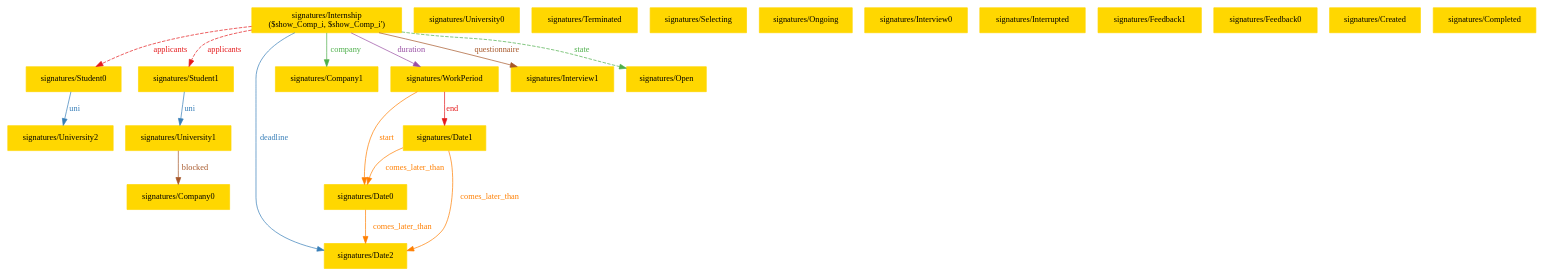
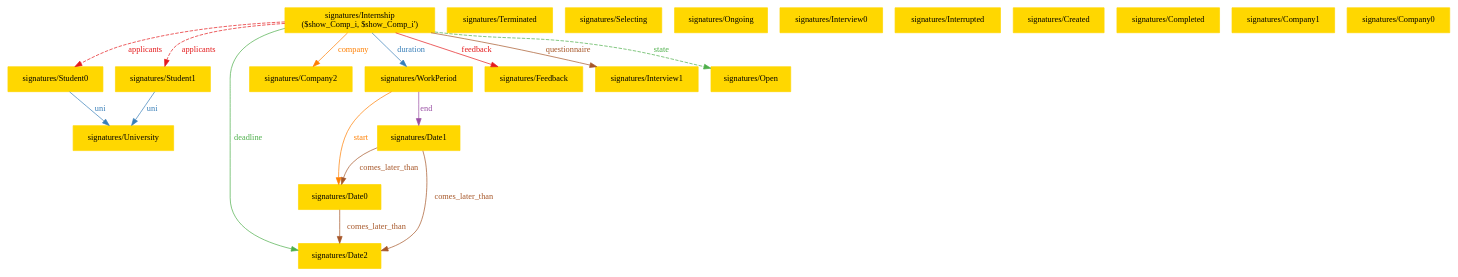
The diagram in RASD/sources/Images/Alloy_images/Alloy_1-2.dot (lorenzo-cmyk/PF_INGSW2_2024_25), drawn with Graphviz before and after one commit. The commit also changed 4 other files, not shown here.

```diff
--- a/RASD/sources/Images/Alloy_images/Alloy_1-2.dot
+++ b/RASD/sources/Images/Alloy_images/Alloy_1-2.dot
@@ -1,44 +1,42 @@
 digraph "graph" {
 graph [fontsize=12]
 node [fontsize=12]
 edge [fontsize=12]
 rankdir=TB;
-"N22" -> "N11" [uuid = "<signatures/Internship, signatures/Student0>", color = "#e41a1c", fontcolor = "#e41a1c", style = "dashed", label = "applicants", dir = "forward", weight = "1"]
-"N22" -> "N21" [uuid = "<signatures/Internship, signatures/Student1>", color = "#e41a1c", fontcolor = "#e41a1c", style = "dashed", label = "applicants", dir = "forward", weight = "1"]
-"N20" -> "N19" [uuid = "<signatures/University1, signatures/Company0>", color = "#a65628", fontcolor = "#a65628", style = "solid", label = "blocked", dir = "forward", weight = "1"]
-"N16" -> "N15" [uuid = "<signatures/Date0, signatures/Date2>", color = "#ff7f00", fontcolor = "#ff7f00", style = "solid", label = "comes_later_than", dir = "forward", weight = "1"]
-"N17" -> "N16" [uuid = "<signatures/Date1, signatures/Date0>", color = "#ff7f00", fontcolor = "#ff7f00", style = "solid", label = "comes_later_than", dir = "forward", weight = "1"]
-"N17" -> "N15" [uuid = "<signatures/Date1, signatures/Date2>", color = "#ff7f00", fontcolor = "#ff7f00", style = "solid", label = "comes_later_than", dir = "forward", weight = "1"]
-"N22" -> "N14" [uuid = "<signatures/Internship, signatures/Company1>", color = "#4daf4a", fontcolor = "#4daf4a", style = "solid", label = "company", dir = "forward", weight = "1"]
-"N22" -> "N15" [uuid = "<signatures/Internship, signatures/Date2>", color = "#377eb8", fontcolor = "#377eb8", style = "solid", label = "deadline", dir = "forward", weight = "1"]
-"N22" -> "N18" [uuid = "<signatures/Internship, signatures/WorkPeriod>", color = "#984ea3", fontcolor = "#984ea3", style = "solid", label = "duration", dir = "forward", weight = "1"]
-"N18" -> "N17" [uuid = "<signatures/WorkPeriod, signatures/Date1>", color = "#e41a1c", fontcolor = "#e41a1c", style = "solid", label = "end", dir = "forward", weight = "1"]
-"N22" -> "N13" [uuid = "<signatures/Internship, signatures/Interview1>", color = "#a65628", fontcolor = "#a65628", style = "solid", label = "questionnaire", dir = "forward", weight = "1"]
-"N18" -> "N16" [uuid = "<signatures/WorkPeriod, signatures/Date0>", color = "#ff7f00", fontcolor = "#ff7f00", style = "solid", label = "start", dir = "forward", weight = "1"]
-"N22" -> "N12" [uuid = "<signatures/Internship, signatures/Open>", color = "#4daf4a", fontcolor = "#4daf4a", style = "dashed", label = "state", dir = "forward", weight = "1"]
-"N11" -> "N10" [uuid = "<signatures/Student0, signatures/University2>", color = "#377eb8", fontcolor = "#377eb8", style = "solid", label = "uni", dir = "forward", weight = "1"]
-"N21" -> "N20" [uuid = "<signatures/Student1, signatures/University1>", color = "#377eb8", fontcolor = "#377eb8", style = "solid", label = "uni", dir = "forward", weight = "1"]
-"N0" [uuid="signatures/University0", label="signatures/University0", color="#ffd700", fontcolor = "#000000", shape = "box", style = "filled, solid"]
-"N1" [uuid="signatures/Terminated", label="signatures/Terminated", color="#ffd700", fontcolor = "#000000", shape = "box", style = "filled, solid"]
-"N2" [uuid="signatures/Selecting", label="signatures/Selecting", color="#ffd700", fontcolor = "#000000", shape = "box", style = "filled, solid"]
-"N3" [uuid="signatures/Ongoing", label="signatures/Ongoing", color="#ffd700", fontcolor = "#000000", shape = "box", style = "filled, solid"]
-"N4" [uuid="signatures/Interview0", label="signatures/Interview0", color="#ffd700", fontcolor = "#000000", shape = "box", style = "filled, solid"]
-"N5" [uuid="signatures/Interrupted", label="signatures/Interrupted", color="#ffd700", fontcolor = "#000000", shape = "box", style = "filled, solid"]
-"N6" [uuid="signatures/Feedback1", label="signatures/Feedback1", color="#ffd700", fontcolor = "#000000", shape = "box", style = "filled, solid"]
-"N7" [uuid="signatures/Feedback0", label="signatures/Feedback0", color="#ffd700", fontcolor = "#000000", shape = "box", style = "filled, solid"]
-"N8" [uuid="signatures/Created", label="signatures/Created", color="#ffd700", fontcolor = "#000000", shape = "box", style = "filled, solid"]
-"N9" [uuid="signatures/Completed", label="signatures/Completed", color="#ffd700", fontcolor = "#000000", shape = "box", style = "filled, solid"]
-"N10" [uuid="signatures/University2", label="signatures/University2", color="#ffd700", fontcolor = "#000000", shape = "box", style = "filled, solid"]
-"N11" [uuid="signatures/Student0", label="signatures/Student0", color="#ffd700", fontcolor = "#000000", shape = "box", style = "filled, solid"]
+"N20" -> "N10" [uuid = "<signatures/Internship, signatures/Student0>", color = "#e41a1c", fontcolor = "#e41a1c", style = "dashed", label = "applicants", dir = "forward", weight = "1"]
+"N20" -> "N11" [uuid = "<signatures/Internship, signatures/Student1>", color = "#e41a1c", fontcolor = "#e41a1c", style = "dashed", label = "applicants", dir = "forward", weight = "1"]
+"N17" -> "N16" [uuid = "<signatures/Date0, signatures/Date2>", color = "#a65628", fontcolor = "#a65628", style = "solid", label = "comes_later_than", dir = "forward", weight = "1"]
+"N18" -> "N17" [uuid = "<signatures/Date1, signatures/Date0>", color = "#a65628", fontcolor = "#a65628", style = "solid", label = "comes_later_than", dir = "forward", weight = "1"]
+"N18" -> "N16" [uuid = "<signatures/Date1, signatures/Date2>", color = "#a65628", fontcolor = "#a65628", style = "solid", label = "comes_later_than", dir = "forward", weight = "1"]
+"N20" -> "N15" [uuid = "<signatures/Internship, signatures/Company2>", color = "#ff7f00", fontcolor = "#ff7f00", style = "solid", label = "company", dir = "forward", weight = "1"]
+"N20" -> "N16" [uuid = "<signatures/Internship, signatures/Date2>", color = "#4daf4a", fontcolor = "#4daf4a", style = "solid", label = "deadline", dir = "forward", weight = "1"]
+"N20" -> "N19" [uuid = "<signatures/Internship, signatures/WorkPeriod>", color = "#377eb8", fontcolor = "#377eb8", style = "solid", label = "duration", dir = "forward", weight = "1"]
+"N19" -> "N18" [uuid = "<signatures/WorkPeriod, signatures/Date1>", color = "#984ea3", fontcolor = "#984ea3", style = "solid", label = "end", dir = "forward", weight = "1"]
+"N20" -> "N14" [uuid = "<signatures/Internship, signatures/Feedback>", color = "#e41a1c", fontcolor = "#e41a1c", style = "solid", label = "feedback", dir = "forward", weight = "1"]
+"N20" -> "N13" [uuid = "<signatures/Internship, signatures/Interview1>", color = "#a65628", fontcolor = "#a65628", style = "solid", label = "questionnaire", dir = "forward", weight = "1"]
+"N19" -> "N17" [uuid = "<signatures/WorkPeriod, signatures/Date0>", color = "#ff7f00", fontcolor = "#ff7f00", style = "solid", label = "start", dir = "forward", weight = "1"]
+"N20" -> "N12" [uuid = "<signatures/Internship, signatures/Open>", color = "#4daf4a", fontcolor = "#4daf4a", style = "dashed", label = "state", dir = "forward", weight = "1"]
+"N10" -> "N9" [uuid = "<signatures/Student0, signatures/University>", color = "#377eb8", fontcolor = "#377eb8", style = "solid", label = "uni", dir = "forward", weight = "1"]
+"N11" -> "N9" [uuid = "<signatures/Student1, signatures/University>", color = "#377eb8", fontcolor = "#377eb8", style = "solid", label = "uni", dir = "forward", weight = "1"]
+"N0" [uuid="signatures/Terminated", label="signatures/Terminated", color="#ffd700", fontcolor = "#000000", shape = "box", style = "filled, solid"]
+"N1" [uuid="signatures/Selecting", label="signatures/Selecting", color="#ffd700", fontcolor = "#000000", shape = "box", style = "filled, solid"]
+"N2" [uuid="signatures/Ongoing", label="signatures/Ongoing", color="#ffd700", fontcolor = "#000000", shape = "box", style = "filled, solid"]
+"N3" [uuid="signatures/Interview0", label="signatures/Interview0", color="#ffd700", fontcolor = "#000000", shape = "box", style = "filled, solid"]
+"N4" [uuid="signatures/Interrupted", label="signatures/Interrupted", color="#ffd700", fontcolor = "#000000", shape = "box", style = "filled, solid"]
+"N5" [uuid="signatures/Created", label="signatures/Created", color="#ffd700", fontcolor = "#000000", shape = "box", style = "filled, solid"]
+"N6" [uuid="signatures/Completed", label="signatures/Completed", color="#ffd700", fontcolor = "#000000", shape = "box", style = "filled, solid"]
+"N7" [uuid="signatures/Company1", label="signatures/Company1", color="#ffd700", fontcolor = "#000000", shape = "box", style = "filled, solid"]
+"N8" [uuid="signatures/Company0", label="signatures/Company0", color="#ffd700", fontcolor = "#000000", shape = "box", style = "filled, solid"]
+"N9" [uuid="signatures/University", label="signatures/University", color="#ffd700", fontcolor = "#000000", shape = "box", style = "filled, solid"]
+"N10" [uuid="signatures/Student0", label="signatures/Student0", color="#ffd700", fontcolor = "#000000", shape = "box", style = "filled, solid"]
+"N11" [uuid="signatures/Student1", label="signatures/Student1", color="#ffd700", fontcolor = "#000000", shape = "box", style = "filled, solid"]
 "N12" [uuid="signatures/Open", label="signatures/Open", color="#ffd700", fontcolor = "#000000", shape = "box", style = "filled, solid"]
 "N13" [uuid="signatures/Interview1", label="signatures/Interview1", color="#ffd700", fontcolor = "#000000", shape = "box", style = "filled, solid"]
-"N14" [uuid="signatures/Company1", label="signatures/Company1", color="#ffd700", fontcolor = "#000000", shape = "box", style = "filled, solid"]
-"N15" [uuid="signatures/Date2", label="signatures/Date2", color="#ffd700", fontcolor = "#000000", shape = "box", style = "filled, solid"]
-"N16" [uuid="signatures/Date0", label="signatures/Date0", color="#ffd700", fontcolor = "#000000", shape = "box", style = "filled, solid"]
-"N17" [uuid="signatures/Date1", label="signatures/Date1", color="#ffd700", fontcolor = "#000000", shape = "box", style = "filled, solid"]
-"N18" [uuid="signatures/WorkPeriod", label="signatures/WorkPeriod", color="#ffd700", fontcolor = "#000000", shape = "box", style = "filled, solid"]
-"N19" [uuid="signatures/Company0", label="signatures/Company0", color="#ffd700", fontcolor = "#000000", shape = "box", style = "filled, solid"]
-"N20" [uuid="signatures/University1", label="signatures/University1", color="#ffd700", fontcolor = "#000000", shape = "box", style = "filled, solid"]
-"N21" [uuid="signatures/Student1", label="signatures/Student1", color="#ffd700", fontcolor = "#000000", shape = "box", style = "filled, solid"]
-"N22" [uuid="signatures/Internship", label="signatures/Internship\n($show_Comp_i, $show_Comp_i')", color="#ffd700", fontcolor = "#000000", shape = "box", style = "filled, solid"]
+"N14" [uuid="signatures/Feedback", label="signatures/Feedback", color="#ffd700", fontcolor = "#000000", shape = "box", style = "filled, solid"]
+"N15" [uuid="signatures/Company2", label="signatures/Company2", color="#ffd700", fontcolor = "#000000", shape = "box", style = "filled, solid"]
+"N16" [uuid="signatures/Date2", label="signatures/Date2", color="#ffd700", fontcolor = "#000000", shape = "box", style = "filled, solid"]
+"N17" [uuid="signatures/Date0", label="signatures/Date0", color="#ffd700", fontcolor = "#000000", shape = "box", style = "filled, solid"]
+"N18" [uuid="signatures/Date1", label="signatures/Date1", color="#ffd700", fontcolor = "#000000", shape = "box", style = "filled, solid"]
+"N19" [uuid="signatures/WorkPeriod", label="signatures/WorkPeriod", color="#ffd700", fontcolor = "#000000", shape = "box", style = "filled, solid"]
+"N20" [uuid="signatures/Internship", label="signatures/Internship\n($show_Comp_i, $show_Comp_i')", color="#ffd700", fontcolor = "#000000", shape = "box", style = "filled, solid"]
 }
```
